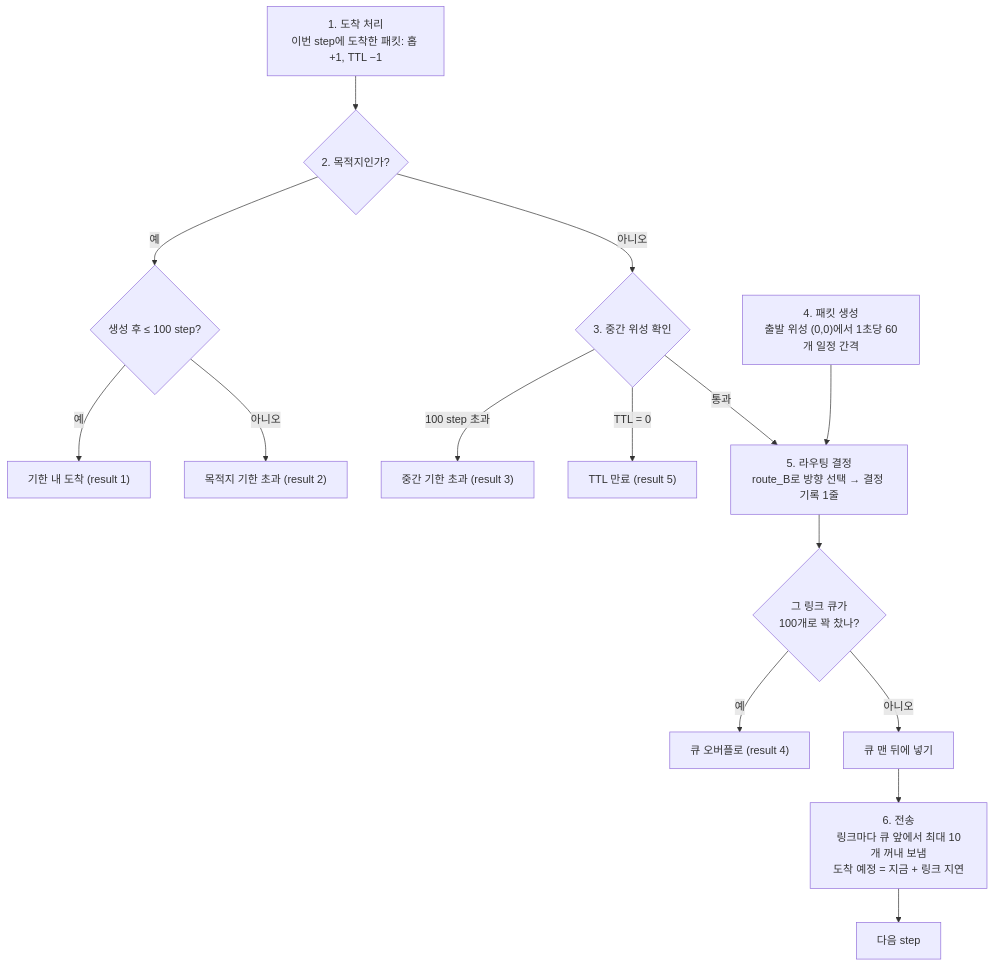
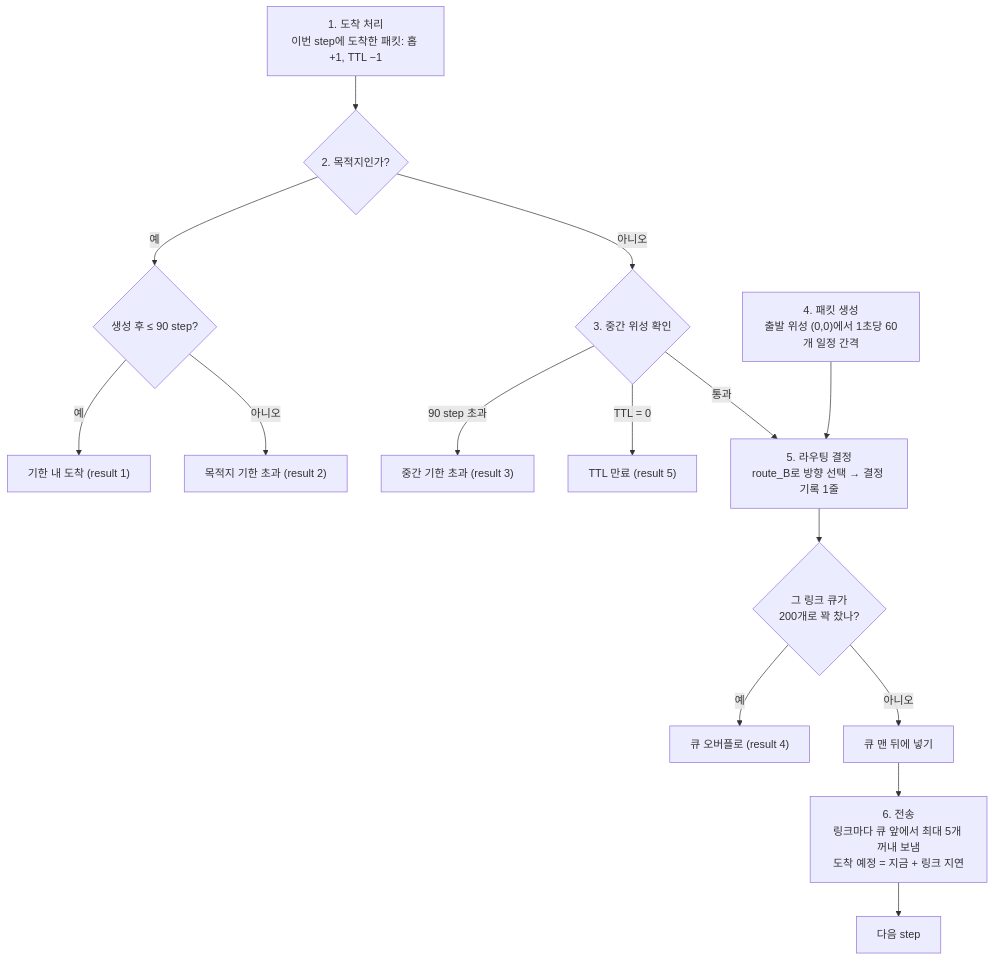
One commit to 26-2-capstone2/26-2capstone2 changed the second of 3 diagrams in flow.md. Above: the diagram before and after it, drawn with Mermaid. The commit also changed other lines of this file and 19 other files, not shown here.

````diff
--- a/flow.md
+++ b/flow.md
@@ -81,17 +81,17 @@
 ```mermaid
 flowchart TD
     S1["1. 도착 처리<br/>이번 step에 도착한 패킷: 홉 +1, TTL −1"] --> S2
-    S2{"2. 목적지인가?"} -- "예" --> S2a{"생성 후 ≤ 100 step?"}
+    S2{"2. 목적지인가?"} -- "예" --> S2a{"생성 후 ≤ 90 step?"}
     S2a -- "예" --> OK["기한 내 도착 (result 1)"]
     S2a -- "아니오" --> L2["목적지 기한 초과 (result 2)"]
     S2 -- "아니오" --> S3{"3. 중간 위성 확인"}
-    S3 -- "100 step 초과" --> L3["중간 기한 초과 (result 3)"]
+    S3 -- "90 step 초과" --> L3["중간 기한 초과 (result 3)"]
     S3 -- "TTL = 0" --> L5["TTL 만료 (result 5)"]
     S3 -- "통과" --> S5
     S4["4. 패킷 생성<br/>출발 위성 (0,0)에서 1초당 60개 일정 간격"] --> S5
-    S5["5. 라우팅 결정<br/>route_B로 방향 선택 → 결정 기록 1줄"] --> Q{"그 링크 큐가<br/>100개로 꽉 찼나?"}
+    S5["5. 라우팅 결정<br/>route_B로 방향 선택 → 결정 기록 1줄"] --> Q{"그 링크 큐가<br/>200개로 꽉 찼나?"}
     Q -- "예" --> L4["큐 오버플로 (result 4)"]
     Q -- "아니오" --> S6["큐 맨 뒤에 넣기"]
-    S6 --> S7["6. 전송<br/>링크마다 큐 앞에서 최대 10개 꺼내 보냄<br/>도착 예정 = 지금 + 링크 지연"]
+    S6 --> S7["6. 전송<br/>링크마다 큐 앞에서 최대 5개 꺼내 보냄<br/>도착 예정 = 지금 + 링크 지연"]
     S7 --> NEXT["다음 step"]
 ```
````
